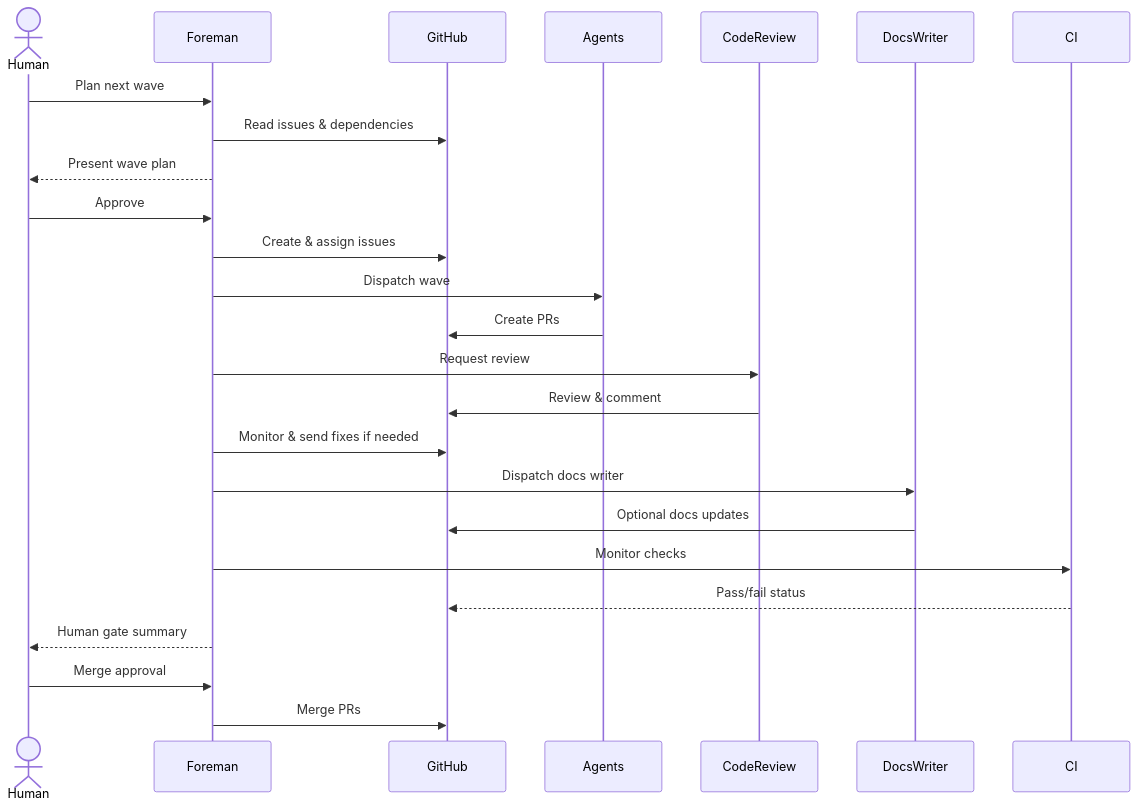
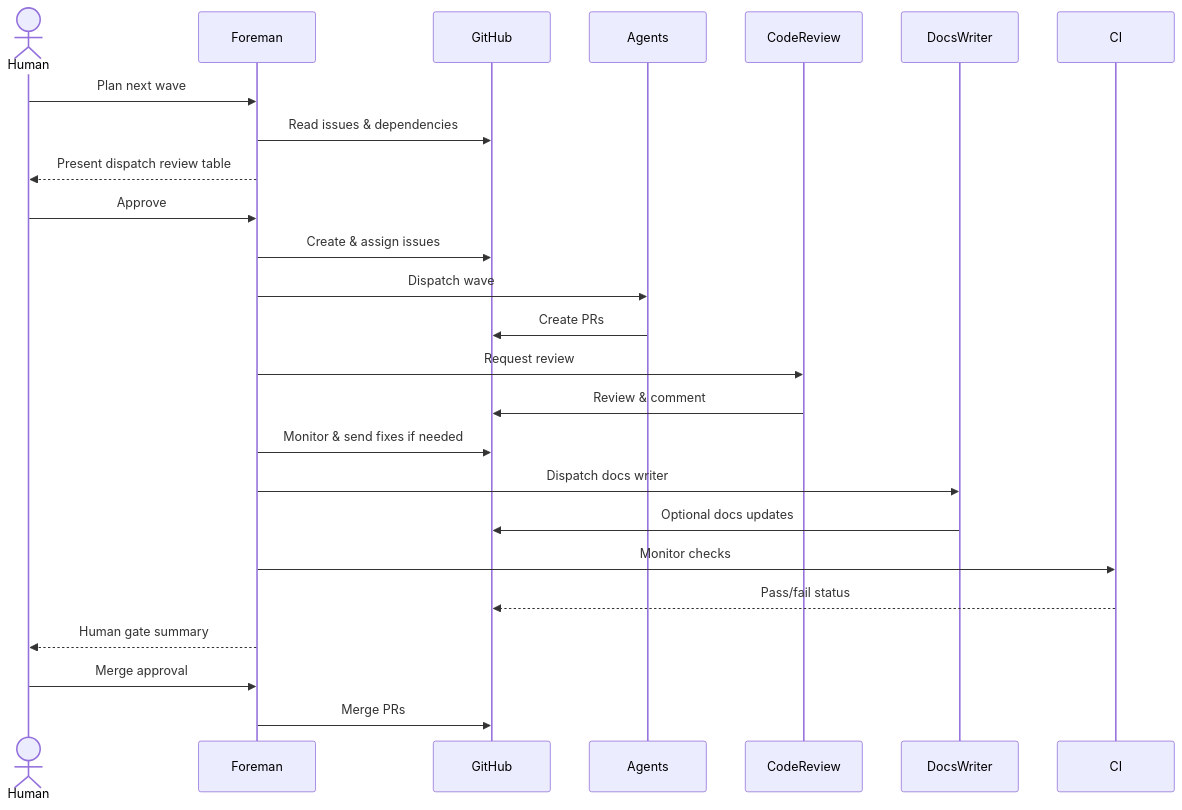
One commit to ewega/github-foreman changed the second of 2 diagrams in README.md. Above: the diagram before and after it, drawn with Mermaid. The commit also changed other lines of this file and 11 other files, not shown here.

````diff
--- a/README.md
+++ b/README.md
@@ -135,33 +119,33 @@
 ```mermaid
 sequenceDiagram
     actor Human
     participant Foreman
     participant GitHub
     participant Agents
     participant CodeReview
     participant DocsWriter
     participant CI
 
     Human->>Foreman: Plan next wave
     Foreman->>GitHub: Read issues & dependencies
-    Foreman-->>Human: Present wave plan
+    Foreman-->>Human: Present dispatch review table
     Human->>Foreman: Approve
     
     Foreman->>GitHub: Create & assign issues
     Foreman->>Agents: Dispatch wave
     Agents->>GitHub: Create PRs
     
     Foreman->>CodeReview: Request review
     CodeReview->>GitHub: Review & comment
     Foreman->>GitHub: Monitor & send fixes if needed
     
     Foreman->>DocsWriter: Dispatch docs writer
     DocsWriter->>GitHub: Optional docs updates
     
     Foreman->>CI: Monitor checks
     CI-->>GitHub: Pass/fail status
     
     Foreman-->>Human: Human gate summary
     Human->>Foreman: Merge approval
     Foreman->>GitHub: Merge PRs
 ```
````
